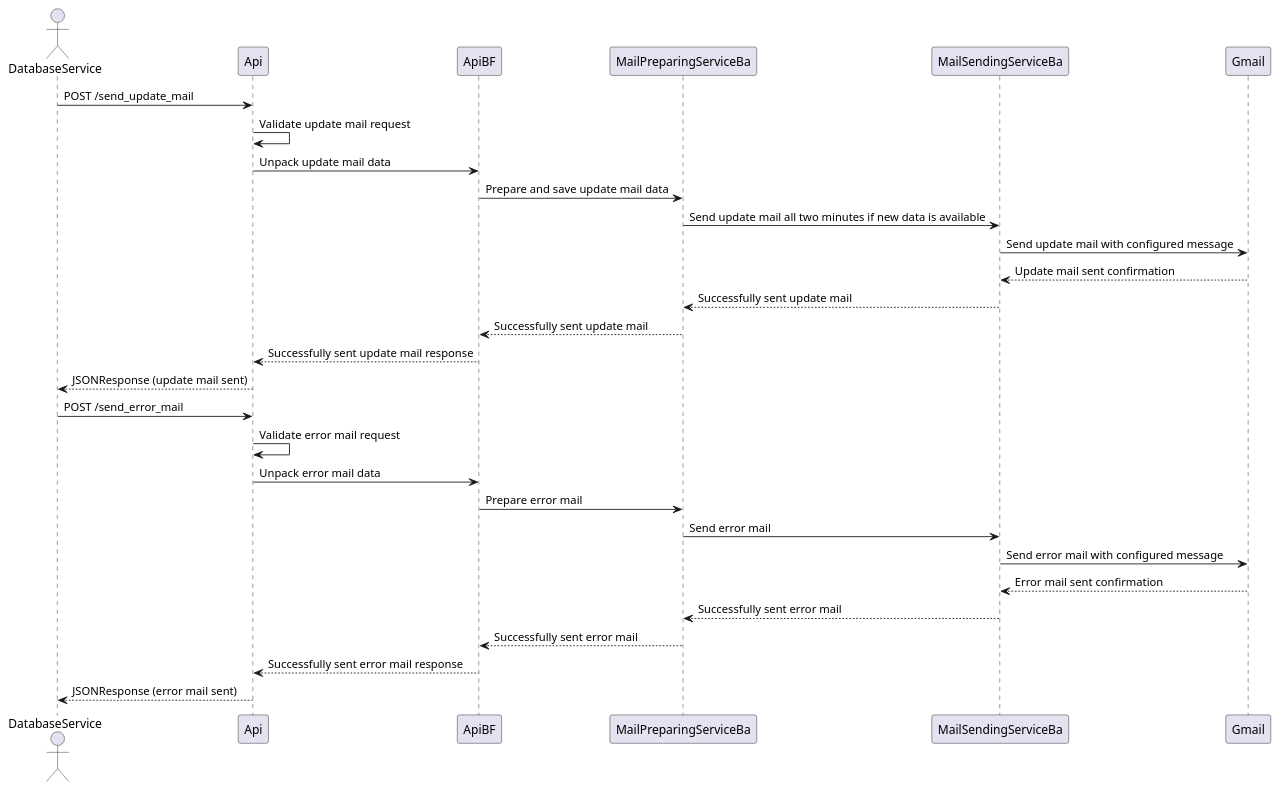
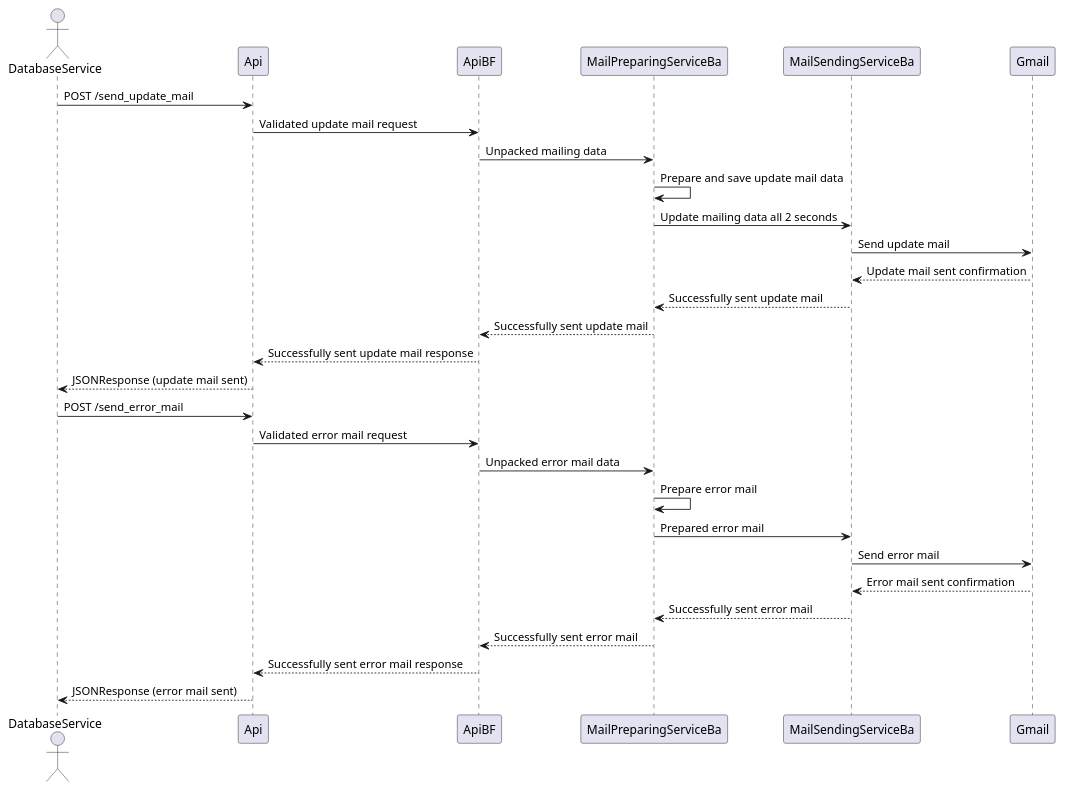
Before and after one commit to Marcey1611/stock-tracker-project-sysad-ws2425: the diagram in doc/documentation/services/mailing_service/sequence_diagram.puml, drawn with PlantUML.

Commit message:
SYSAD-54: Fixed Mailing Service sequence diagram.

```diff
--- a/doc/documentation/services/mailing_service/sequence_diagram.puml
+++ b/doc/documentation/services/mailing_service/sequence_diagram.puml
@@ -1,34 +1,34 @@
 @startuml
 
 actor "DatabaseService" as Database
 participant "Api" as API
 participant "ApiBF" as ApiBF
 participant "MailPreparingServiceBa" as MailPreparingService
 participant "MailSendingServiceBa" as MailSendingService
 participant "Gmail" as Gmail
 
 Database -> API: POST /send_update_mail
-API -> API: Validate update mail request
-API -> ApiBF: Unpack update mail data
-ApiBF -> MailPreparingService: Prepare and save update mail data
-MailPreparingService -> MailSendingService: Send update mail all two minutes if new data is available
-MailSendingService -> Gmail: Send update mail with configured message
+API -> ApiBF: Validated update mail request
+ApiBF -> MailPreparingService: Unpacked mailing data
+MailPreparingService -> MailPreparingService: Prepare and save update mail data
+MailPreparingService -> MailSendingService: Update mailing data all 2 seconds
+MailSendingService -> Gmail: Send update mail
 Gmail --> MailSendingService: Update mail sent confirmation
 MailSendingService --> MailPreparingService: Successfully sent update mail
 MailPreparingService --> ApiBF: Successfully sent update mail
 ApiBF --> API: Successfully sent update mail response
 API --> Database: JSONResponse (update mail sent)
 
 Database -> API: POST /send_error_mail
-API -> API: Validate error mail request
-API -> ApiBF: Unpack error mail data
-ApiBF -> MailPreparingService: Prepare error mail
-MailPreparingService -> MailSendingService: Send error mail
-MailSendingService -> Gmail: Send error mail with configured message
+API -> ApiBF: Validated error mail request
+ApiBF -> MailPreparingService: Unpacked error mail data
+MailPreparingService -> MailPreparingService: Prepare error mail
+MailPreparingService -> MailSendingService: Prepared error mail
+MailSendingService -> Gmail: Send error mail
 Gmail --> MailSendingService: Error mail sent confirmation
 MailSendingService --> MailPreparingService: Successfully sent error mail
 MailPreparingService --> ApiBF: Successfully sent error mail
 ApiBF --> API: Successfully sent error mail response
 API --> Database: JSONResponse (error mail sent)
 
 @enduml
```
